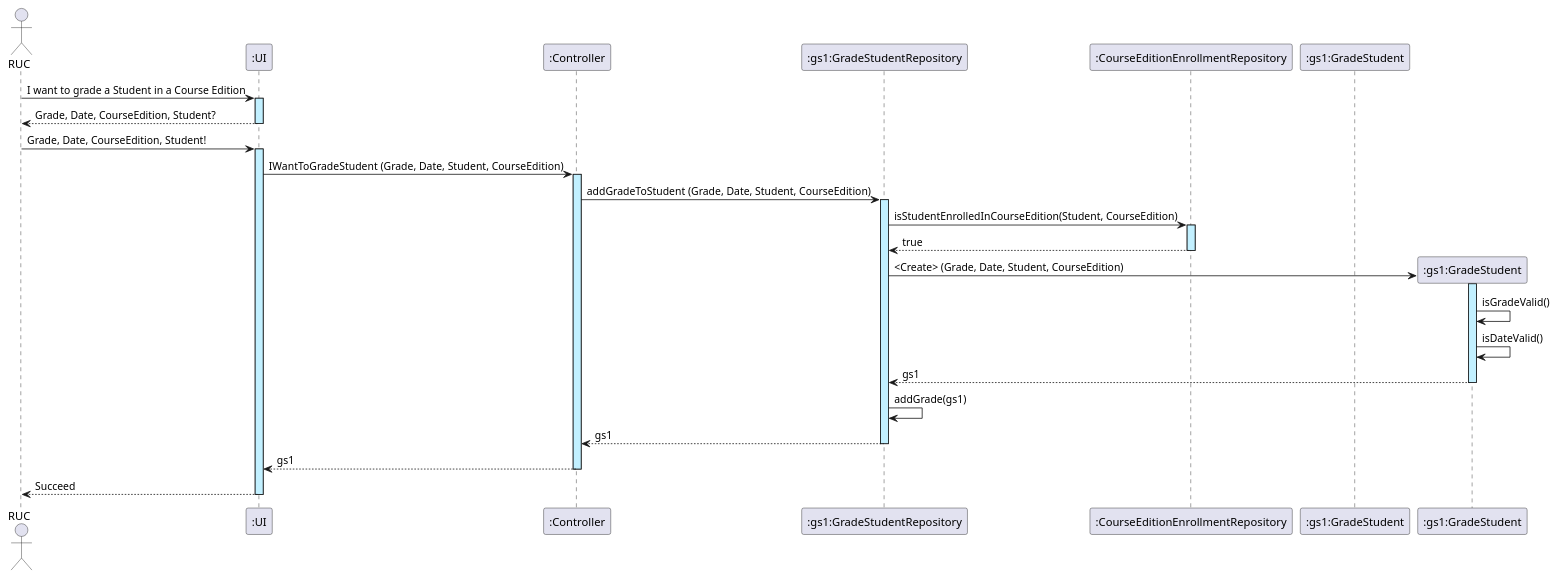
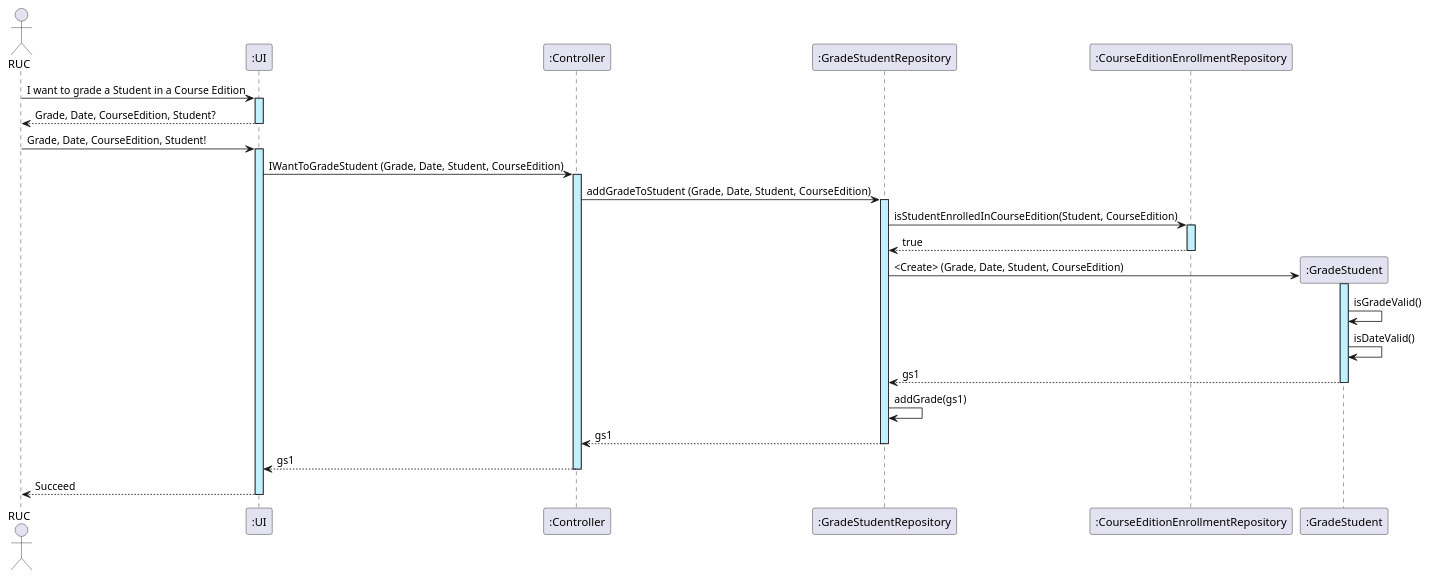
The diagram in docs/sequenceDiagrams/US22/US22_GradeAStudentInACourseEdition.puml (GasparISEP/DevOps-PAI), drawn with PlantUML before and after one commit.

Commit message:
- Update Diagram Sequence of US22

```diff
--- a/docs/sequenceDiagrams/US22/US22_GradeAStudentInACourseEdition.puml
+++ b/docs/sequenceDiagrams/US22/US22_GradeAStudentInACourseEdition.puml
@@ -1,32 +1,28 @@
 @startuml
 actor RUC
 participant ":UI" as UI
 participant ":Controller" as ctr
-participant ":gs1:GradeStudentRepository" as GR
+participant ":GradeStudentRepository" as GR
 participant ":CourseEditionEnrollmentRepository" as CEER
-participant ":gs1:GradeStudent" as GS
 
 RUC -> UI ++ #application: I want to grade a Student in a Course Edition
 UI --> RUC --: Grade, Date, CourseEdition, Student?
 RUC -> UI ++ #application: Grade, Date, CourseEdition, Student!
 UI -> ctr ++ #application : IWantToGradeStudent (Grade, Date, Student, CourseEdition)
 ctr -> GR ++ #application : addGradeToStudent (Grade, Date, Student, CourseEdition)
 
-' Verificação de inscrição no curso (assumindo que sempre retorna true)
 GR -> CEER ++ #application : isStudentEnrolledInCourseEdition(Student, CourseEdition)
 CEER --> GR -- : true
 
-' Criação da nota do estudante
-create ":gs1:GradeStudent" as gs
-GR -> gs ++ #application : <Create> (Grade, Date, Student, CourseEdition)
-gs -> gs : isGradeValid()
-gs -> gs : isDateValid()
-gs --> GR -- : gs1
+create ":GradeStudent" as GS
+GR -> GS ++ #application : <Create> (Grade, Date, Student, CourseEdition)
+GS -> GS : isGradeValid()
+GS -> GS : isDateValid()
+GS --> GR -- : gs1
 
-' Adiciona a nota ao repositório
 GR -> GR : addGrade(gs1)
 GR --> ctr --: gs1
 ctr --> UI --: gs1
 UI --> RUC --: Succeed
 
 @enduml
```
